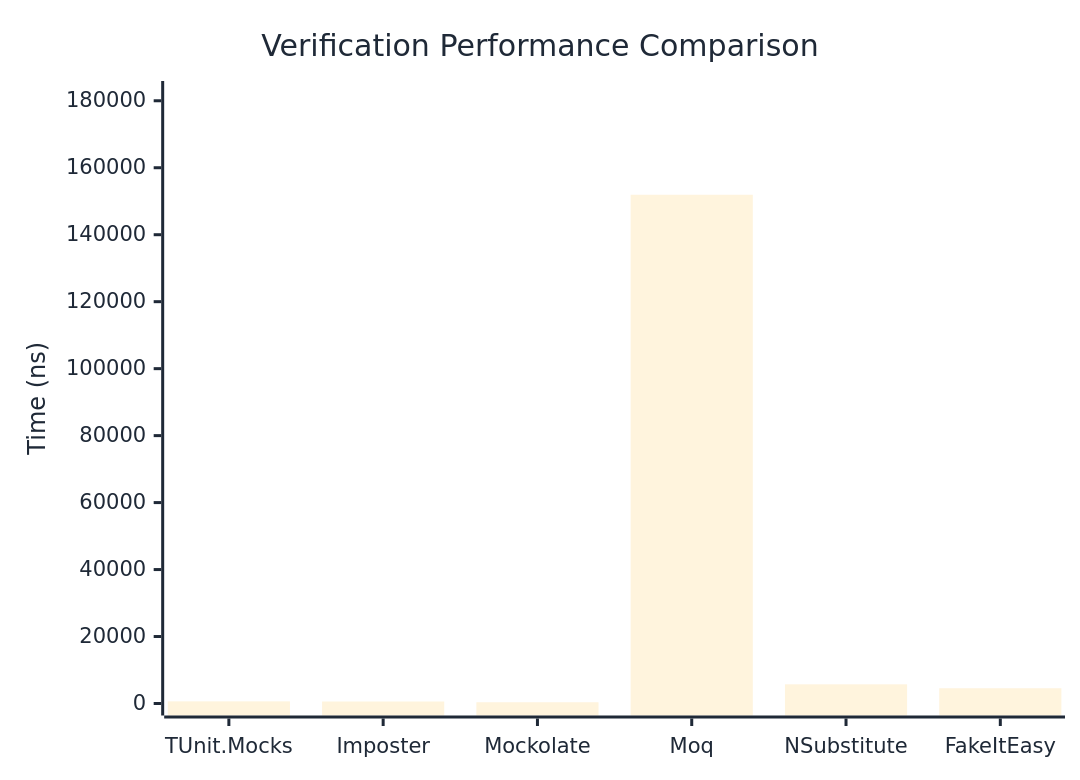
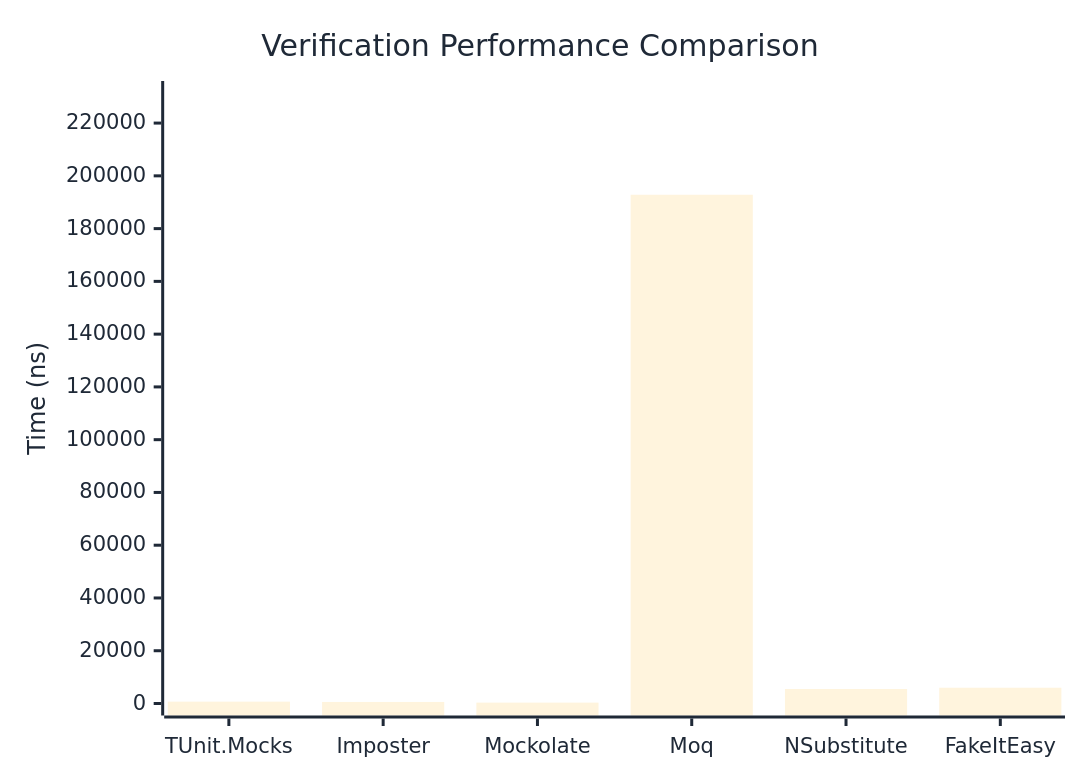
Before and after one commit to thomhurst/TUnit: the first of 3 diagrams in docs/docs/benchmarks/mocks/Verification.md, drawn with Mermaid. The commit also changed other lines of this file and 14 other files, not shown here.

````diff
--- a/docs/docs/benchmarks/mocks/Verification.md
+++ b/docs/docs/benchmarks/mocks/Verification.md
@@ -30,27 +30,27 @@
 ```mermaid
 %%{init: {
   'theme':'base',
   'themeVariables': {
     'primaryColor': '#2563eb',
     'primaryTextColor': '#1f2937',
     'primaryBorderColor': '#1e40af',
     'lineColor': '#6b7280',
     'secondaryColor': '#7c3aed',
     'tertiaryColor': '#dc2626',
     'background': '#ffffff',
     'pie1': '#2563eb',
     'pie2': '#7c3aed',
     'pie3': '#dc2626',
     'pie4': '#f59e0b',
     'pie5': '#10b981',
     'pie6': '#06b6d4',
     'pie7': '#ec4899',
     'pie8': '#6366f1'
   }
 }}%%
 xychart-beta
   title "Verification Performance Comparison"
   x-axis ["TUnit.Mocks", "Imposter", "Mockolate", "Moq", "NSubstitute", "FakeItEasy"]
-  y-axis "Time (ns)" 0 --> 182320
-  bar [635.94, 596.05, 374.06, 151932.77, 5724.29, 4558.79]
+  y-axis "Time (ns)" 0 --> 231402
+  bar [705.09, 586.3, 337.99, 192834.73, 5505.05, 5976.52]
 ```
````
